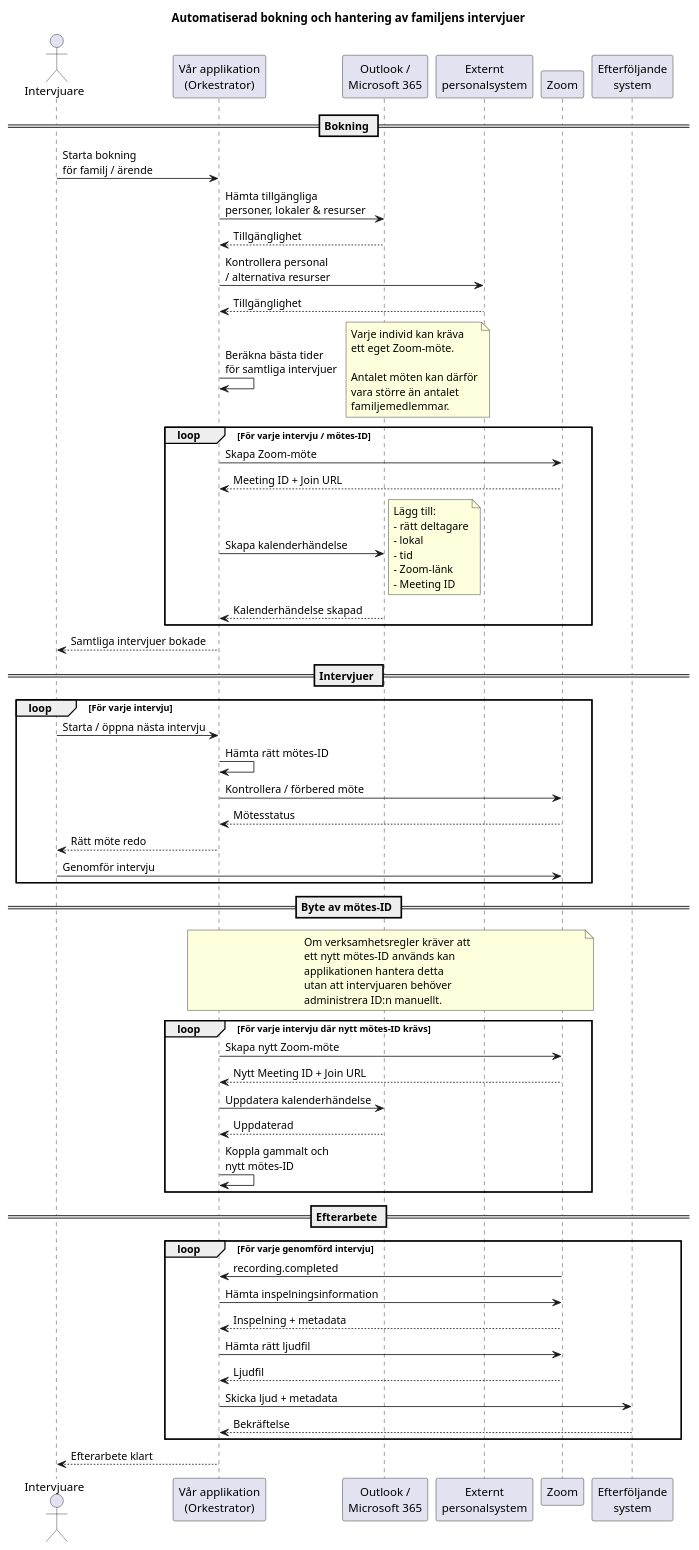
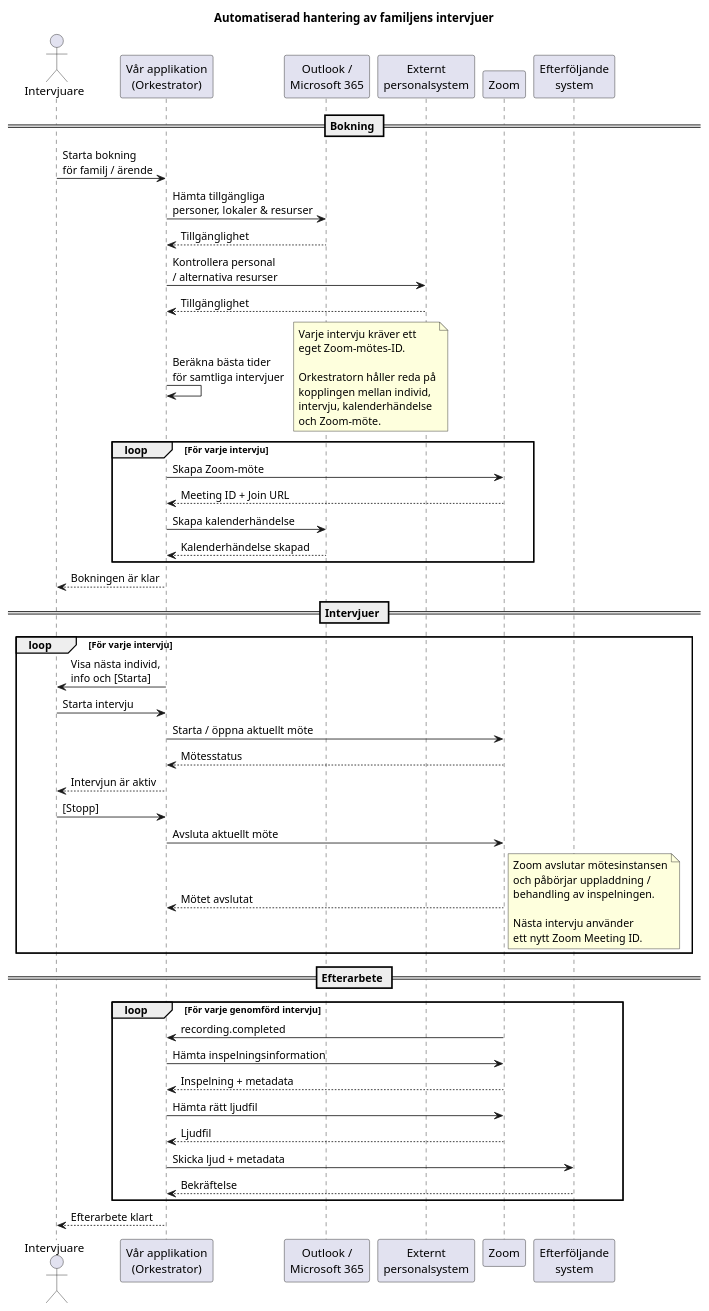
One commit to chrhe894/migration_pact changed the diagram in others/intervviewer_support_sequence.pu. Above: the diagram before and after it, drawn with PlantUML. The commit also changed 9 other files, not shown here.

```diff
--- a/others/intervviewer_support_sequence.pu
+++ b/others/intervviewer_support_sequence.pu
@@ -1,109 +1,93 @@
 @startuml
-title Automatiserad bokning och hantering av familjens intervjuer
+title Automatiserad hantering av familjens intervjuer
 
 actor "Intervjuare" as Interviewer
 participant "Vår applikation\n(Orkestrator)" as App
 participant "Outlook /\nMicrosoft 365" as Outlook
 participant "Externt\npersonalsystem" as Staff
 participant "Zoom" as Zoom
 participant "Efterföljande\nsystem" as Downstream
 
 == Bokning ==
 
 Interviewer -> App : Starta bokning\nför familj / ärende
 
 App -> Outlook : Hämta tillgängliga\npersoner, lokaler & resurser
 Outlook --> App : Tillgänglighet
 
 App -> Staff : Kontrollera personal\n/ alternativa resurser
 Staff --> App : Tillgänglighet
 
 App -> App : Beräkna bästa tider\nför samtliga intervjuer
 
 note right
-  Varje individ kan kräva
-  ett eget Zoom-möte.
+  Varje intervju kräver ett
+  eget Zoom-mötes-ID.
 
-  Antalet möten kan därför
-  vara större än antalet
-  familjemedlemmar.
+  Orkestratorn håller reda på
+  kopplingen mellan individ,
+  intervju, kalenderhändelse
+  och Zoom-möte.
 end note
 
-loop För varje intervju / mötes-ID
+loop För varje intervju
+
     App -> Zoom : Skapa Zoom-möte
     Zoom --> App : Meeting ID + Join URL
 
     App -> Outlook : Skapa kalenderhändelse
-    note right
-        Lägg till:
-        - rätt deltagare
-        - lokal
-        - tid
-        - Zoom-länk
-        - Meeting ID
-    end note
+    Outlook --> App : Kalenderhändelse skapad
 
-    Outlook --> App : Kalenderhändelse skapad
 end
 
-App --> Interviewer : Samtliga intervjuer bokade
+App --> Interviewer : Bokningen är klar
 
 == Intervjuer ==
 
 loop För varje intervju
 
-    Interviewer -> App : Starta / öppna nästa intervju
+    App -> Interviewer : Visa nästa individ,\ninfo och [Starta]
 
-    App -> App : Hämta rätt mötes-ID
+    Interviewer -> App : Starta intervju
 
-    App -> Zoom : Kontrollera / förbered möte
+    App -> Zoom : Starta / öppna aktuellt möte
     Zoom --> App : Mötesstatus
 
-    App --> Interviewer : Rätt möte redo
+    App --> Interviewer : Intervjun är aktiv
 
-    Interviewer -> Zoom : Genomför intervju
+    Interviewer -> App : [Stopp]
 
-end
+    App -> Zoom : Avsluta aktuellt möte
+    Zoom --> App : Mötet avslutat
 
-== Byte av mötes-ID ==
+    note right
+      Zoom avslutar mötesinstansen
+      och påbörjar uppladdning /
+      behandling av inspelningen.
 
-note over App,Zoom
-  Om verksamhetsregler kräver att
-  ett nytt mötes-ID används kan
-  applikationen hantera detta
-  utan att intervjuaren behöver
-  administrera ID:n manuellt.
-end note
-
-loop För varje intervju där nytt mötes-ID krävs
-
-    App -> Zoom : Skapa nytt Zoom-möte
-    Zoom --> App : Nytt Meeting ID + Join URL
-
-    App -> Outlook : Uppdatera kalenderhändelse
-    Outlook --> App : Uppdaterad
-
-    App -> App : Koppla gammalt och\nnytt mötes-ID
+      Nästa intervju använder
+      ett nytt Zoom Meeting ID.
+    end note
 
 end
 
 == Efterarbete ==
 
 loop För varje genomförd intervju
 
     Zoom -> App : recording.completed
 
     App -> Zoom : Hämta inspelningsinformation
     Zoom --> App : Inspelning + metadata
 
     App -> Zoom : Hämta rätt ljudfil
     Zoom --> App : Ljudfil
 
     App -> Downstream : Skicka ljud + metadata
     Downstream --> App : Bekräftelse
 
 end
 
 App --> Interviewer : Efterarbete klart
 
 @enduml
```
